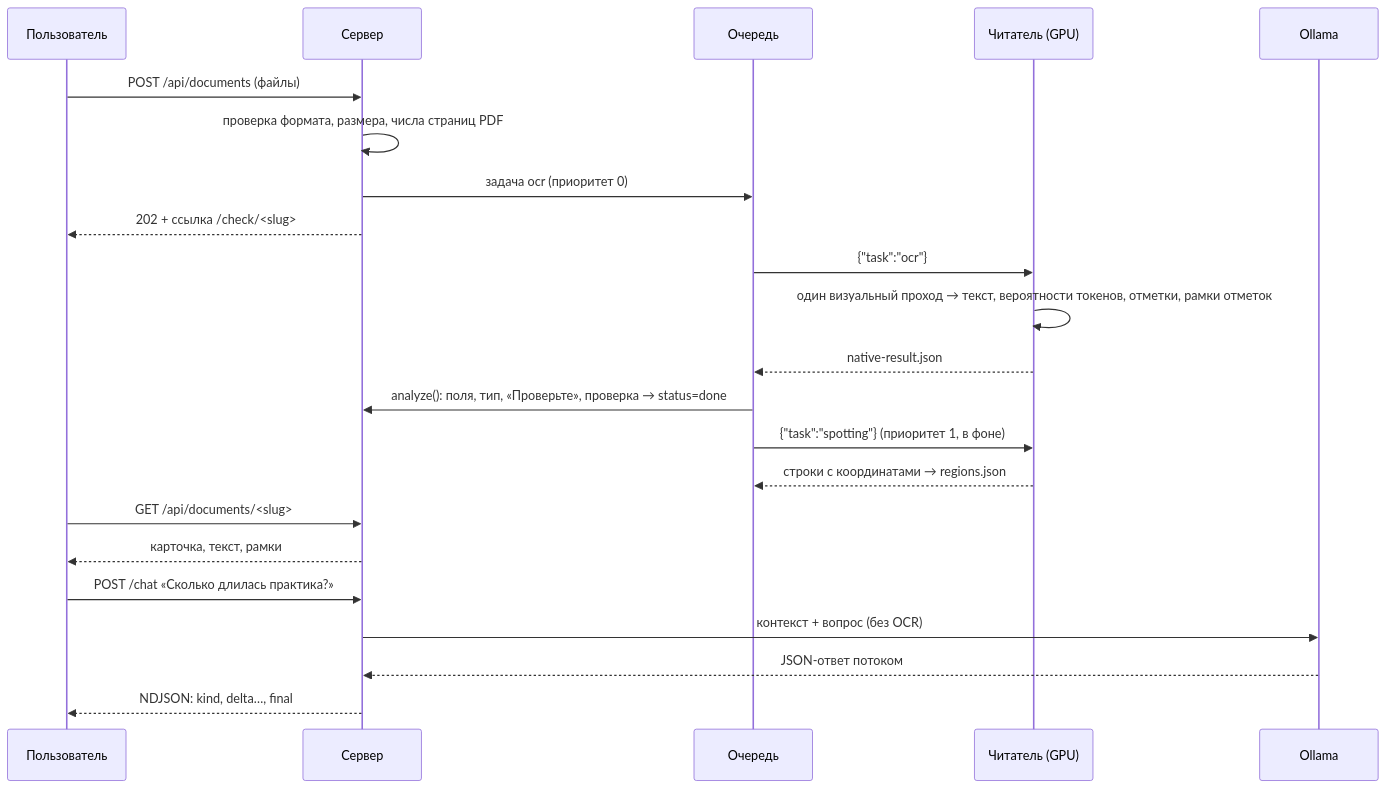
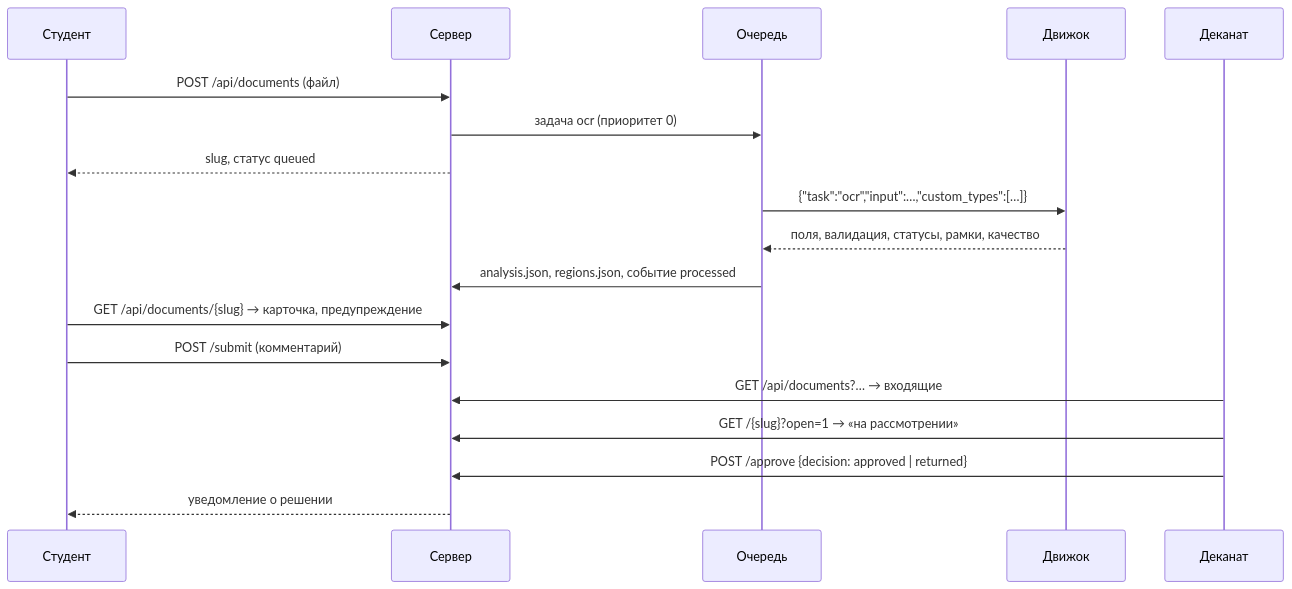
One commit to Stepa-Karpik/hack changed the second of 3 diagrams in docs/architecture.md. Above: the diagram before and after it, drawn with Mermaid. The commit also changed other lines of this file and 19 other files, not shown here.

````diff
--- a/docs/architecture.md
+++ b/docs/architecture.md
@@ -59,25 +65,20 @@
 ```mermaid
 sequenceDiagram
-    participant U as Пользователь
-    participant S as Сервер
+    participant S as Студент
+    participant A as Сервер
     participant Q as Очередь
-    participant R as Читатель (GPU)
-    participant L as Ollama
-
-    U->>S: POST /api/documents (файлы)
-    S->>S: проверка формата, размера, числа страниц PDF
-    S->>Q: задача ocr (приоритет 0)
-    S-->>U: 202 + ссылка /check/<slug>
-    Q->>R: {"task":"ocr"}
-    R->>R: один визуальный проход → текст, вероятности токенов, отметки, рамки отметок
-    R-->>Q: native-result.json
-    Q->>S: analyze(): поля, тип, «Проверьте», проверка → status=done
-    Q->>R: {"task":"spotting"} (приоритет 1, в фоне)
-    R-->>Q: строки с координатами → regions.json
-    U->>S: GET /api/documents/<slug>
-    S-->>U: карточка, текст, рамки
-    U->>S: POST /chat «Сколько длилась практика?»
-    S->>L: контекст + вопрос (без OCR)
-    L-->>S: JSON-ответ потоком
-    S-->>U: NDJSON: kind, delta…, final
+    participant R as Движок
+    participant D as Деканат
+    S->>A: POST /api/documents (файл)
+    A->>Q: задача ocr (приоритет 0)
+    A-->>S: slug, статус queued
+    Q->>R: {"task":"ocr","input":…,"custom_types":[…]}
+    R-->>Q: поля, валидация, статусы, рамки, качество
+    Q->>A: analysis.json, regions.json, событие processed
+    S->>A: GET /api/documents/{slug} → карточка, предупреждение
+    S->>A: POST /submit (комментарий)
+    D->>A: GET /api/documents?… → входящие
+    D->>A: GET /{slug}?open=1 → «на рассмотрении»
+    D->>A: POST /approve {decision: approved | returned}
+    A-->>S: уведомление о решении
 ```
````
